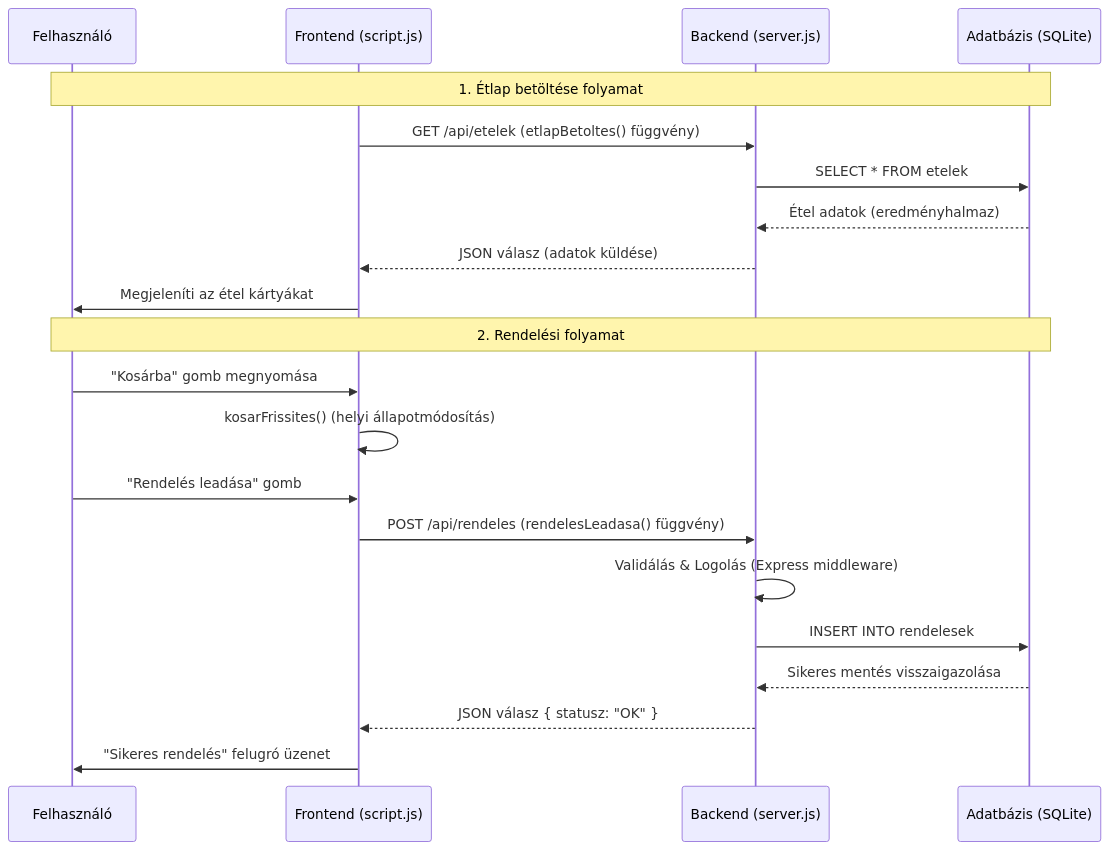
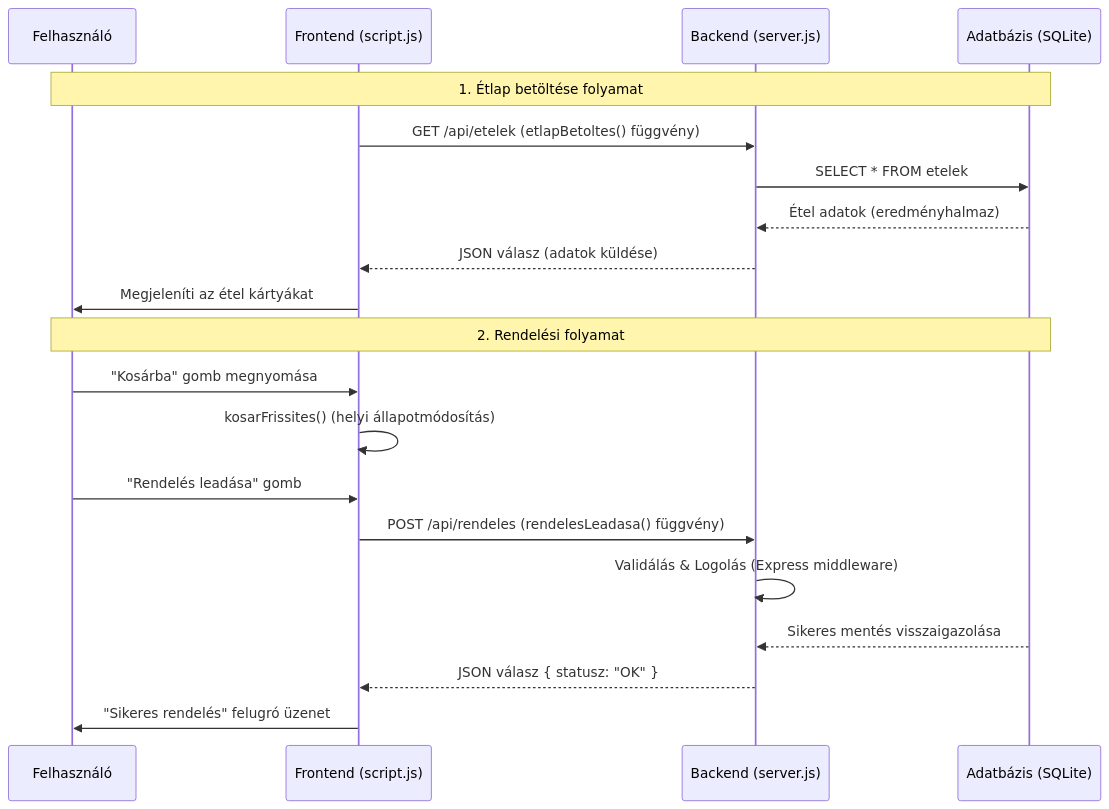
The diagram in README.md (z0oonv/etelrendelo), drawn with Mermaid before and after one commit.

Commit message:
folyamatábra_jav

````diff
--- a/README.md
+++ b/README.md
@@ -22,25 +22,24 @@
 ```mermaid
   sequenceDiagram
     participant U as Felhasználó
     participant F as Frontend (script.js)
     participant B as Backend (server.js)
     participant D as Adatbázis (SQLite)
 
     Note over U,D: 1. Étlap betöltése folyamat
     F->>B: GET /api/etelek (etlapBetoltes() függvény)
     B->>D: SELECT * FROM etelek
     D-->>B: Étel adatok (eredményhalmaz)
     B-->>F: JSON válasz (adatok küldése)
     F->>U: Megjeleníti az étel kártyákat
 
     Note over U,D: 2. Rendelési folyamat
     U->>F: "Kosárba" gomb megnyomása
     F->>F: kosarFrissites() (helyi állapotmódosítás)
     U->>F: "Rendelés leadása" gomb
     F->>B: POST /api/rendeles (rendelesLeadasa() függvény)
     B->>B: Validálás & Logolás (Express middleware)
-    B->>D: INSERT INTO rendelesek
     D-->>B: Sikeres mentés visszaigazolása
     B-->>F: JSON válasz { statusz: "OK" }
     F->>U: "Sikeres rendelés" felugró üzenet
 ```
````
